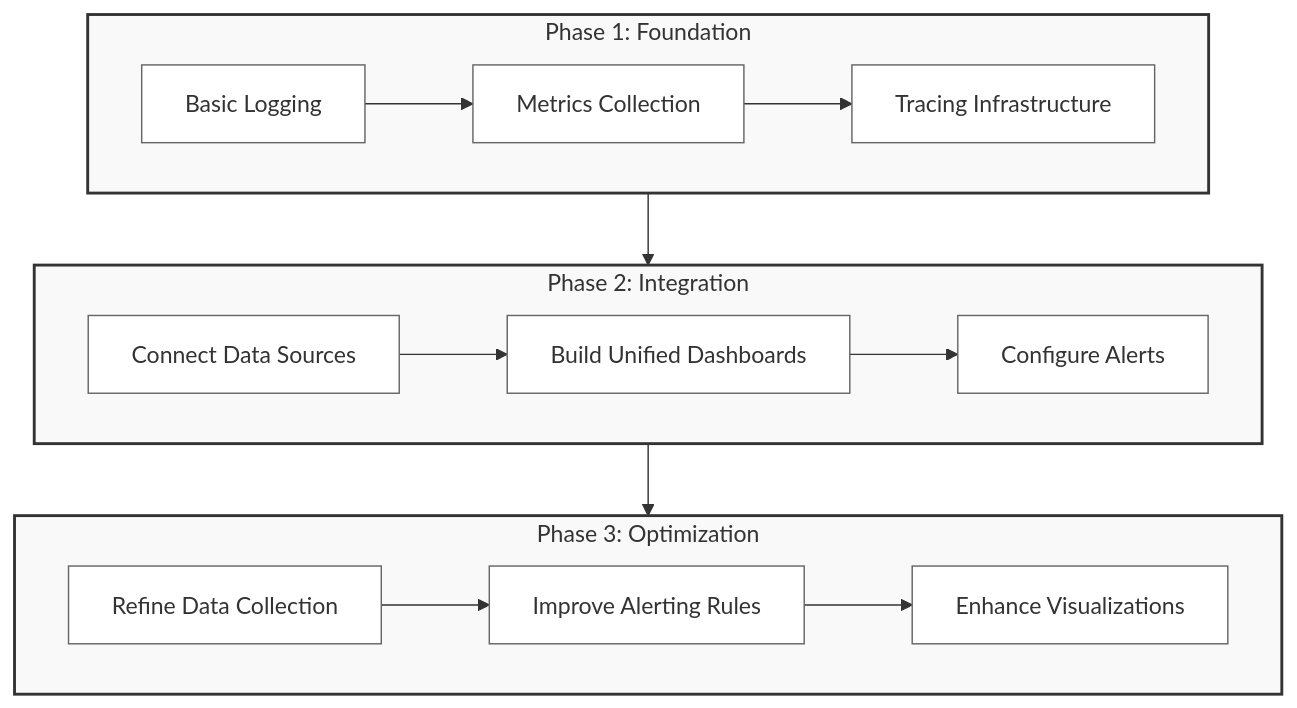
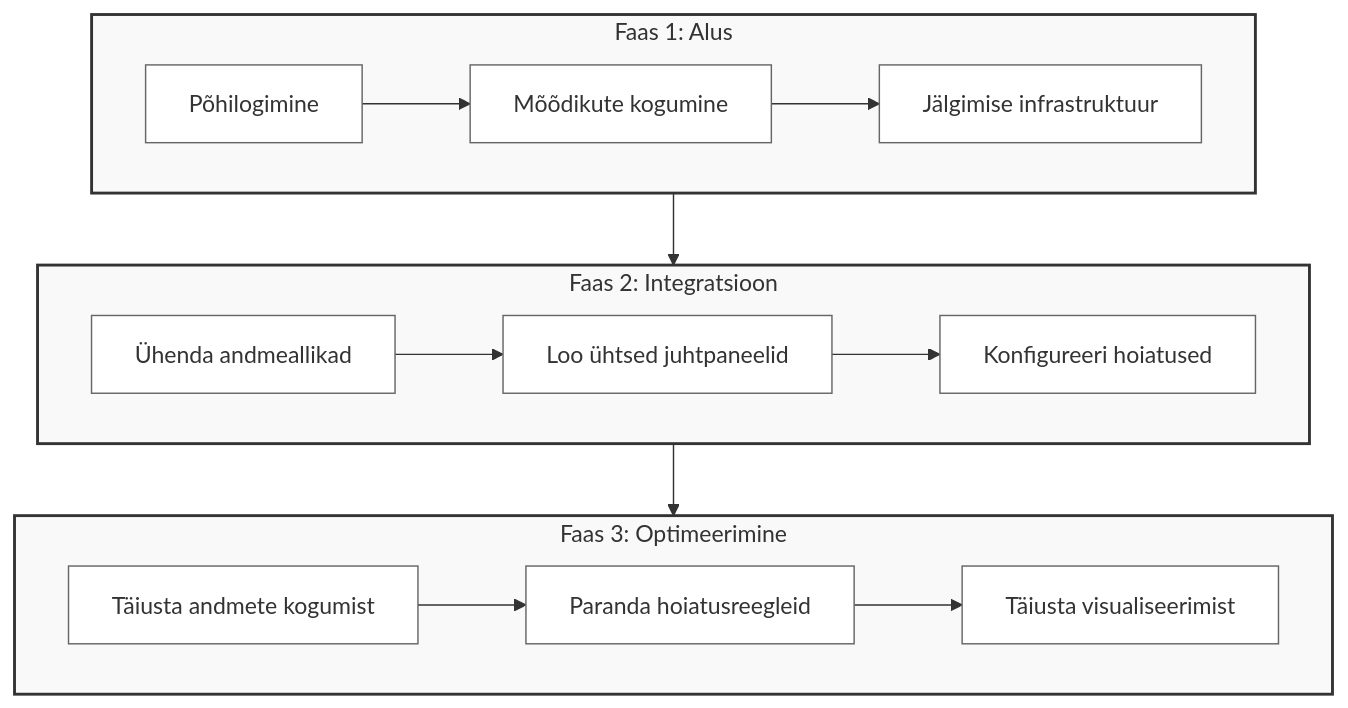
The diagram in materials/lectures/Observability/intro-to-logging-monitoring-observability.md (mariatesttalvik/monitoring), drawn with Mermaid before and after one commit. The commit also changed other lines of this file, not shown here.

````diff
--- a/materials/lectures/Observability/intro-to-logging-monitoring-observability.md
+++ b/materials/lectures/Observability/intro-to-logging-monitoring-observability.md
@@ -548,30 +550,30 @@
 ```mermaid
 graph TB
-    subgraph Phase1[Phase 1: Foundation]
-        A1[Basic Logging]
-        A2[Metrics Collection]
-        A3[Tracing Infrastructure]
+    subgraph Phase1[Faas 1: Alus]
+        A1[Põhilogimine]
+        A2[Mõõdikute kogumine]
+        A3[Jälgimise infrastruktuur]
         A1 --> A2 --> A3
     end
 
-    subgraph Phase2[Phase 2: Integration]
-        B1[Connect Data Sources]
-        B2[Build Unified Dashboards]
-        B3[Configure Alerts]
+    subgraph Phase2[Faas 2: Integratsioon]
+        B1[Ühenda andmeallikad]
+        B2[Loo ühtsed juhtpaneelid]
+        B3[Konfigureeri hoiatused]
         B1 --> B2 --> B3
     end
 
-    subgraph Phase3[Phase 3: Optimization]
-        C1[Refine Data Collection]
-        C2[Improve Alerting Rules]
-        C3[Enhance Visualizations]
+    subgraph Phase3[Faas 3: Optimeerimine]
+        C1[Täiusta andmete kogumist]
+        C2[Paranda hoiatusreegleid]
+        C3[Täiusta visualiseerimist]
         C1 --> C2 --> C3
     end
 
     Phase1 --> Phase2 --> Phase3
 
     classDef phaseStyle fill:#f9f9f9,stroke:#333,stroke-width:2px
     classDef stepStyle fill:#fff,stroke:#666
     class Phase1,Phase2,Phase3 phaseStyle
     class A1,A2,A3,B1,B2,B3,C1,C2,C3 stepStyle
 ```
````
